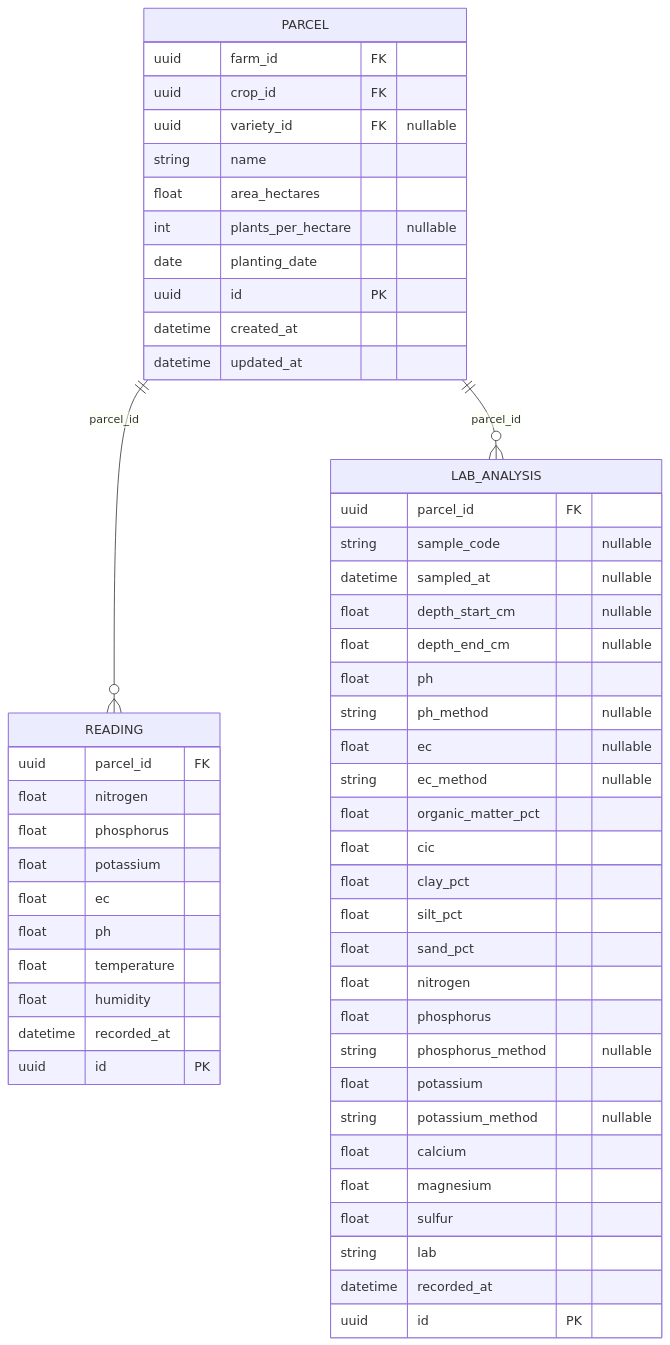
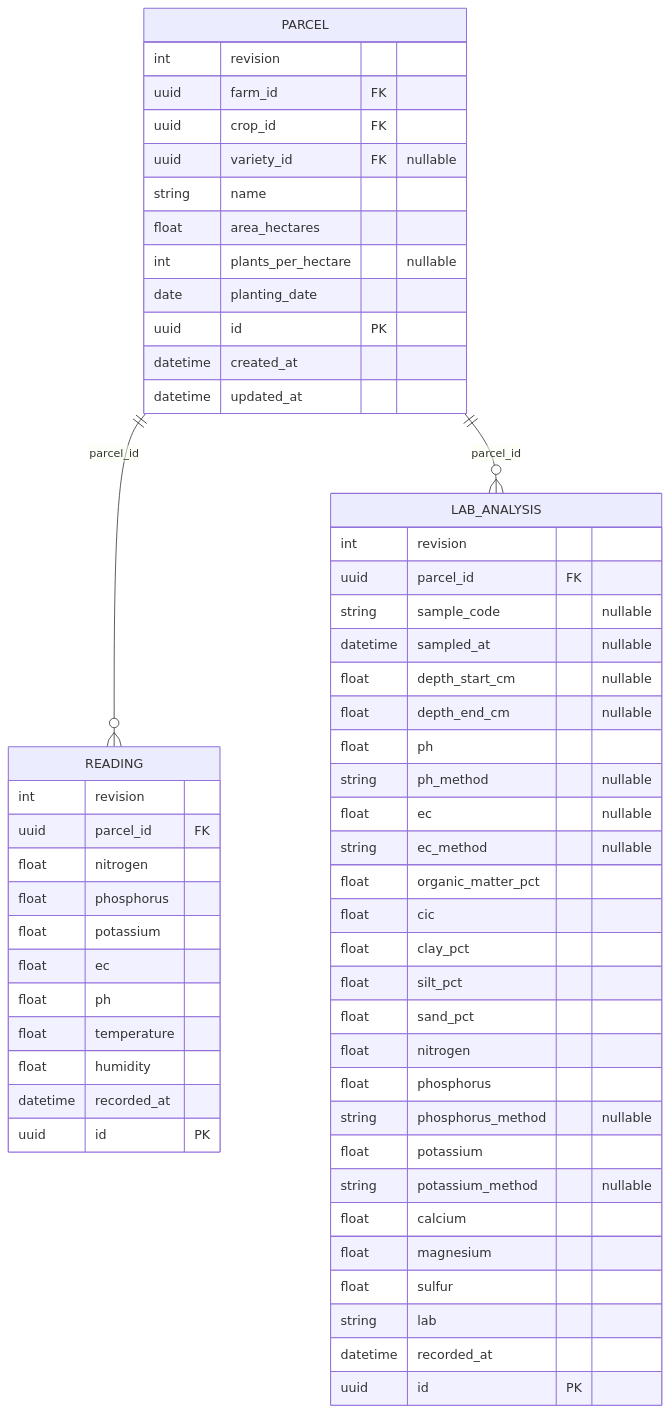
One commit to ferjovel06/agrifos changed the diagram in docs/diagrams/er_diagrams/er_soil_data.mmd. Above: the diagram before and after it, drawn with Mermaid. The commit also changed 14 other files, not shown here.

Commit message:
docs(offline): record architecture acceptance evidence and operating limits

```diff
--- a/docs/diagrams/er_diagrams/er_soil_data.mmd
+++ b/docs/diagrams/er_diagrams/er_soil_data.mmd
@@ -1,55 +1,58 @@
 erDiagram
     %% SQLAlchemy models at main f986ccb; 2026-10-08.
     PARCEL ||--o{ READING : parcel_id
     PARCEL ||--o{ LAB_ANALYSIS : parcel_id
     PARCEL {
+        int revision
         uuid farm_id FK
         uuid crop_id FK
         uuid variety_id FK "nullable"
         string name
         float area_hectares
         int plants_per_hectare "nullable"
         date planting_date
         uuid id PK
         datetime created_at
         datetime updated_at
     }
     READING {
+        int revision
         uuid parcel_id FK
         float nitrogen
         float phosphorus
         float potassium
         float ec
         float ph
         float temperature
         float humidity
         datetime recorded_at
         uuid id PK
     }
     LAB_ANALYSIS {
+        int revision
         uuid parcel_id FK
         string sample_code "nullable"
         datetime sampled_at "nullable"
         float depth_start_cm "nullable"
         float depth_end_cm "nullable"
         float ph
         string ph_method "nullable"
         float ec "nullable"
         string ec_method "nullable"
         float organic_matter_pct
         float cic
         float clay_pct
         float silt_pct
         float sand_pct
         float nitrogen
         float phosphorus
         string phosphorus_method "nullable"
         float potassium
         string potassium_method "nullable"
         float calcium
         float magnesium
         float sulfur
         string lab
         datetime recorded_at
         uuid id PK
     }
```
